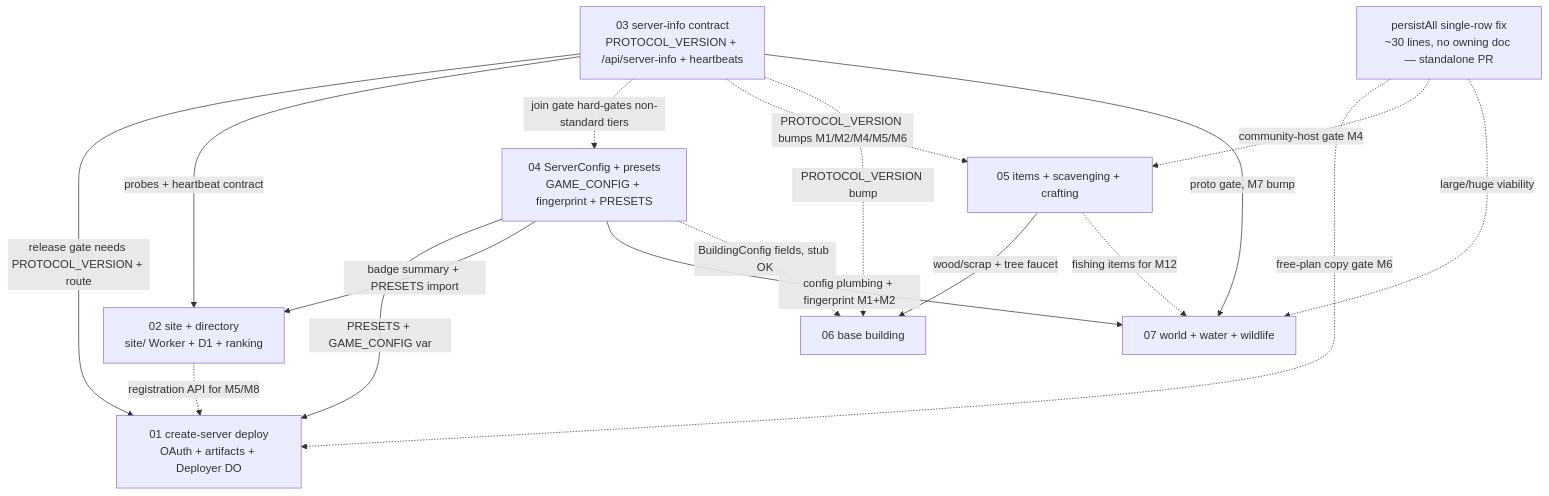
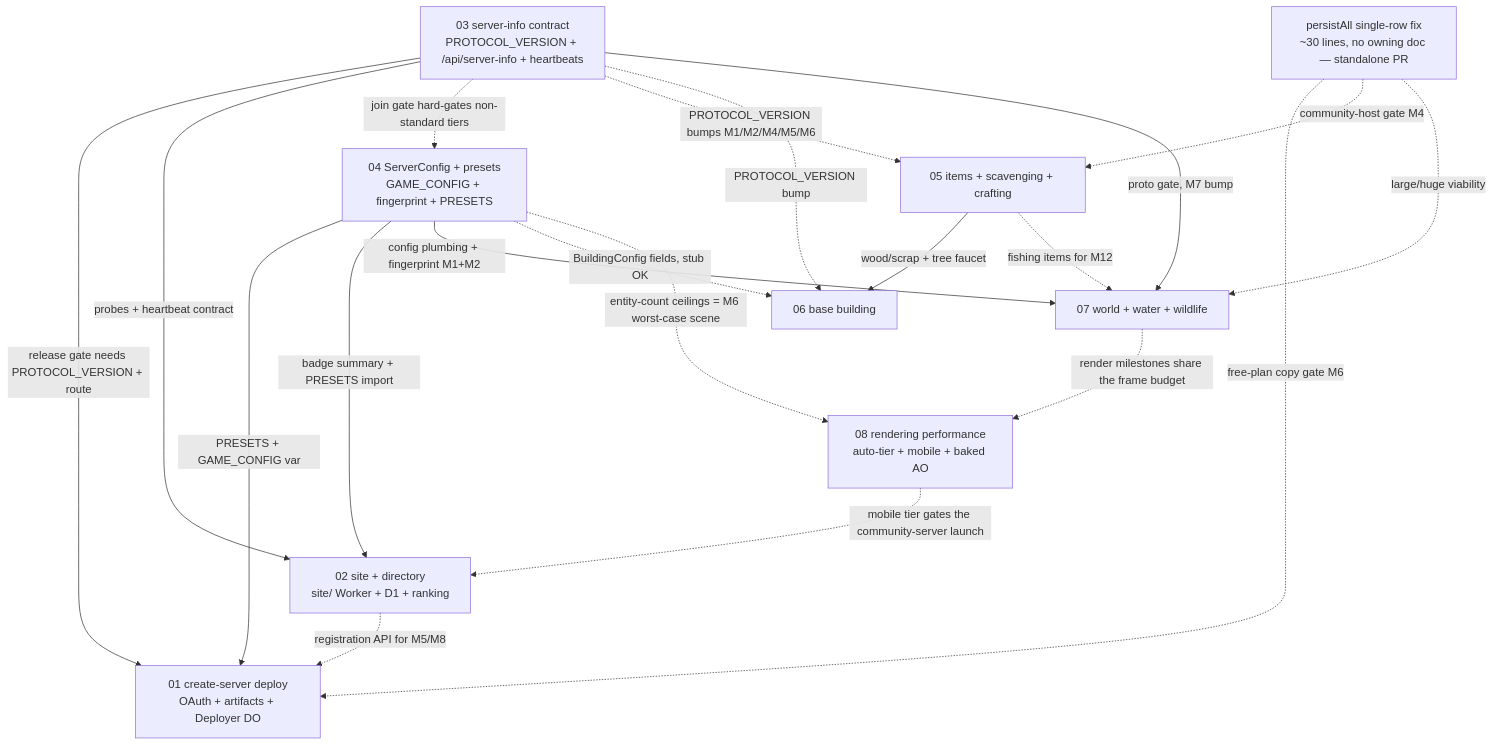
The diagram in docs/plans/README.md (overra/worldspring), drawn with Mermaid before and after one commit. The commit also changed other lines of this file and 1 other file, not shown here.

````diff
--- a/docs/plans/README.md
+++ b/docs/plans/README.md
@@ -60,28 +62,32 @@
 ```mermaid
 graph TD
     P["persistAll single-row fix<br/>~30 lines, no owning doc — standalone PR"]
     D03["03 server-info contract<br/>PROTOCOL_VERSION + /api/server-info + heartbeats"]
     D04["04 ServerConfig + presets<br/>GAME_CONFIG + fingerprint + PRESETS"]
     D01["01 create-server deploy<br/>OAuth + artifacts + Deployer DO"]
     D02["02 site + directory<br/>site/ Worker + D1 + ranking"]
     D05["05 items + scavenging + crafting"]
     D06["06 base building"]
     D07["07 world + water + wildlife"]
+    D08["08 rendering performance<br/>auto-tier + mobile + baked AO"]
 
     D03 -->|release gate needs PROTOCOL_VERSION + route| D01
     D03 -->|probes + heartbeat contract| D02
     D04 -->|PRESETS + GAME_CONFIG var| D01
     D04 -->|badge summary + PRESETS import| D02
     D03 -.->|join gate hard-gates non-standard tiers| D04
     D03 -.->|PROTOCOL_VERSION bumps M1/M2/M4/M5/M6| D05
     D03 -.->|PROTOCOL_VERSION bump| D06
     D03 -->|proto gate, M7 bump| D07
     D04 -->|config plumbing + fingerprint M1+M2| D07
     D04 -.->|BuildingConfig fields, stub OK| D06
     D05 -->|wood/scrap + tree faucet| D06
     D05 -.->|fishing items for M12| D07
     D02 -.->|registration API for M5/M8| D01
     P -.->|free-plan copy gate M6| D01
     P -.->|community-host gate M4| D05
     P -.->|large/huge viability| D07
+    D04 -.->|entity-count ceilings = M6 worst-case scene| D08
+    D07 -.->|render milestones share the frame budget| D08
+    D08 -.->|mobile tier gates the community-server launch| D02
 ```
````
